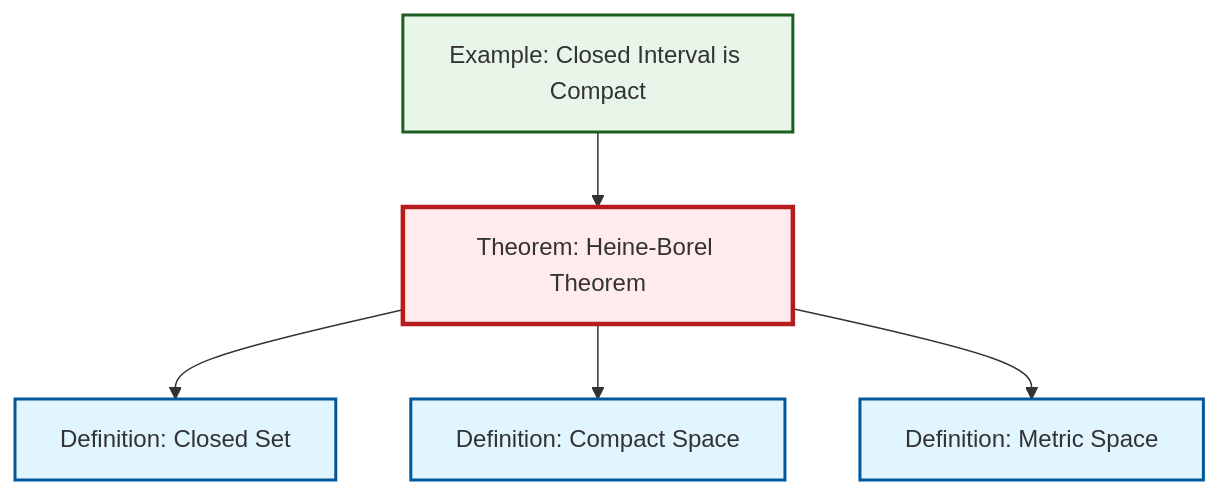
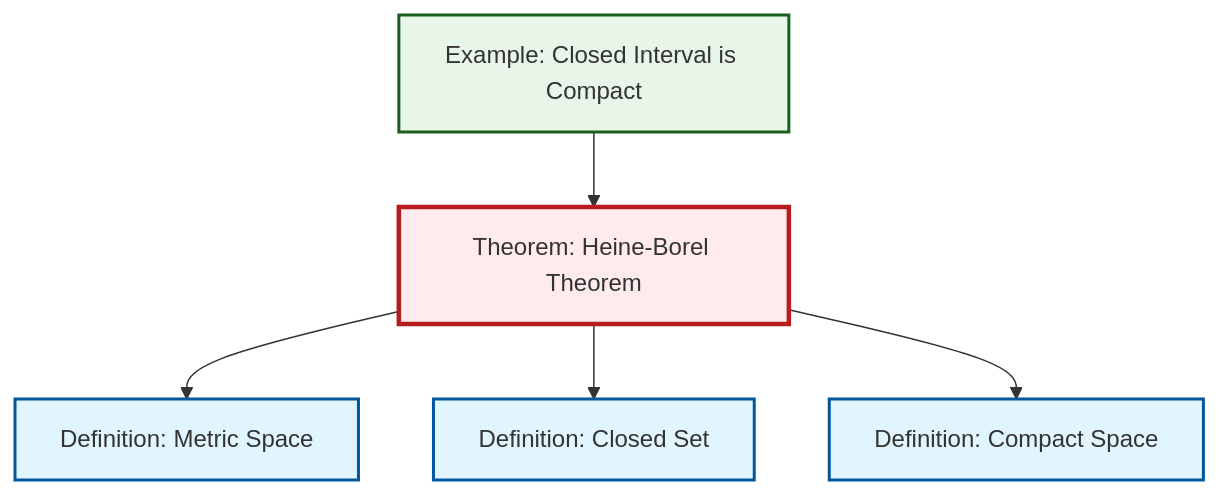
Before and after one commit to RK0429/ModernMath: the diagram in output/mermaid/thm-heine-borel.mermaid, drawn with Mermaid. The commit also changed other lines of this file and 1112 other files, not shown here.

````diff
--- a/output/mermaid/thm-heine-borel.mermaid
+++ b/output/mermaid/thm-heine-borel.mermaid
@@ -1,19 +1,19 @@
 ```{mermaid}
 %%| fig-cap: "Local dependency graph"
 graph TD
     classDef definition fill:#e1f5fe,stroke:#01579b,stroke-width:2px
     classDef theorem fill:#f3e5f5,stroke:#4a148c,stroke-width:2px
     classDef axiom fill:#fff3e0,stroke:#e65100,stroke-width:2px
     classDef example fill:#e8f5e9,stroke:#1b5e20,stroke-width:2px
     classDef current fill:#ffebee,stroke:#b71c1c,stroke-width:3px
+    def-closed-set["Definition: Closed Set"]:::definition
     thm-heine-borel["Theorem: Heine-Borel Theorem"]:::theorem
+    def-metric-space["Definition: Metric Space"]:::definition
     ex-closed-interval-compact["Example: Closed Interval is Compact"]:::example
-    def-metric-space["Definition: Metric Space"]:::definition
-    def-closed-set["Definition: Closed Set"]:::definition
     def-compact["Definition: Compact Space"]:::definition
+    thm-heine-borel --> def-metric-space
+    ex-closed-interval-compact --> thm-heine-borel
     thm-heine-borel --> def-closed-set
     thm-heine-borel --> def-compact
-    thm-heine-borel --> def-metric-space
-    ex-closed-interval-compact --> thm-heine-borel
     class thm-heine-borel current
 ```
````
